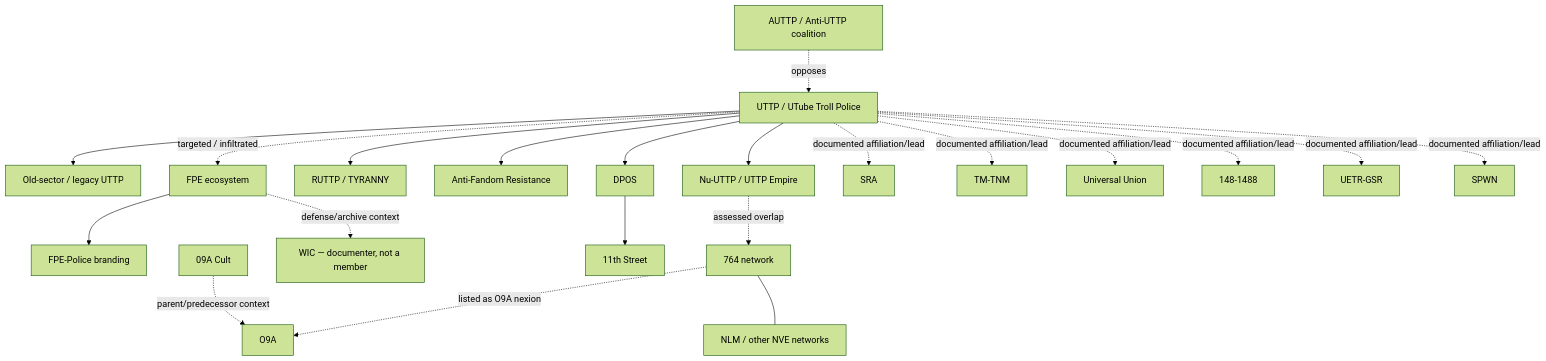
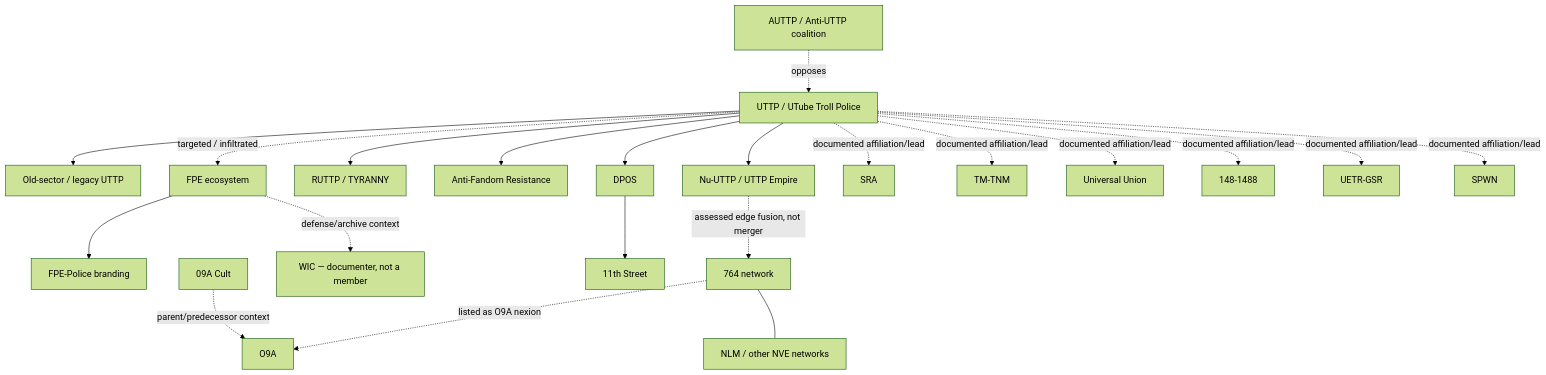
Before and after one commit to AnonCatalyst/UTTP: the diagram in 00_READ_FIRST/ENTITY_MAP.md, drawn with Mermaid (forest theme). The commit also changed other lines of this file and 20 other files, not shown here.

Commit message:
Assess UTTP as 764 arm, infiltration, or edge fusion

````diff
--- a/00_READ_FIRST/ENTITY_MAP.md
+++ b/00_READ_FIRST/ENTITY_MAP.md
@@ -7,45 +7,45 @@
 ```mermaid
 graph TD
   UTTP[UTTP / UTube Troll Police]
   OLD[Old-sector / legacy UTTP]
   NU[Nu-UTTP / UTTP Empire]
   RUTTP[RUTTP / TYRANNY]
   AFR[Anti-Fandom Resistance]
   DPOS[DPOS]
   FPE[FPE ecosystem]
   FPEB[FPE-Police branding]
   AUTTP[AUTTP / Anti-UTTP coalition]
   N764[764 network]
   O9A[O9A]
   NLM[NLM / other NVE networks]
   WIC[WIC — documenter, not a member]
   SRA[SRA]
   TM[TM-TNM]
   UU[Universal Union]
   G148[148-1488]
   ENCL[UETR-GSR]
   SPWN[SPWN]
   E11[11th Street]
   C09A[09A Cult]
 
   UTTP --> OLD
   UTTP --> NU
   UTTP --> RUTTP
   UTTP --> AFR
   UTTP --> DPOS
-  NU -. assessed overlap .-> N764
+  NU -. assessed edge fusion, not merger .-> N764
   N764 -. listed as O9A nexion .-> O9A
   N764 --- NLM
   UTTP -. targeted / infiltrated .-> FPE
   FPE --> FPEB
   FPE -. defense/archive context .-> WIC
   AUTTP -. opposes .-> UTTP
   UTTP -. documented affiliation/lead .-> SRA
   UTTP -. documented affiliation/lead .-> TM
   UTTP -. documented affiliation/lead .-> UU
   UTTP -. documented affiliation/lead .-> G148
   UTTP -. documented affiliation/lead .-> ENCL
   UTTP -. documented affiliation/lead .-> SPWN
   DPOS --> E11
   C09A -. parent/predecessor context .-> O9A
 ```
````
